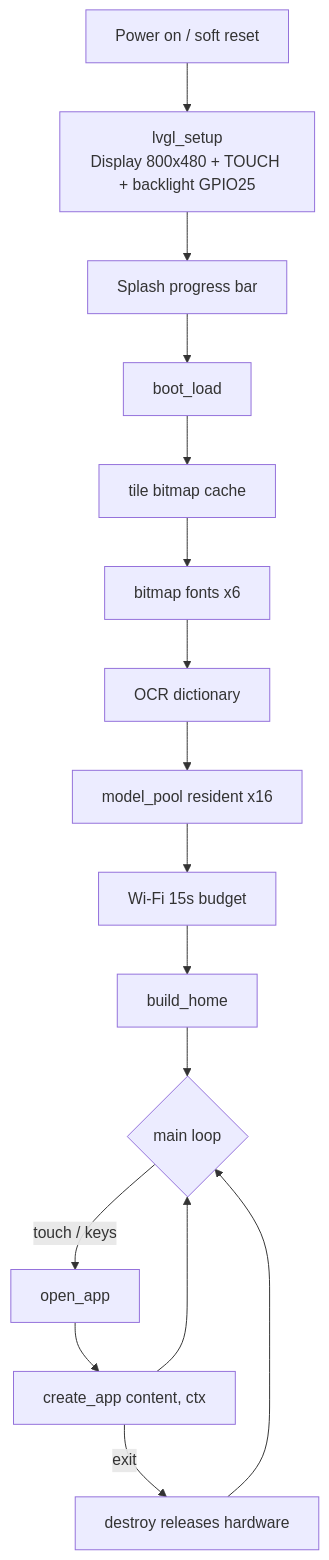
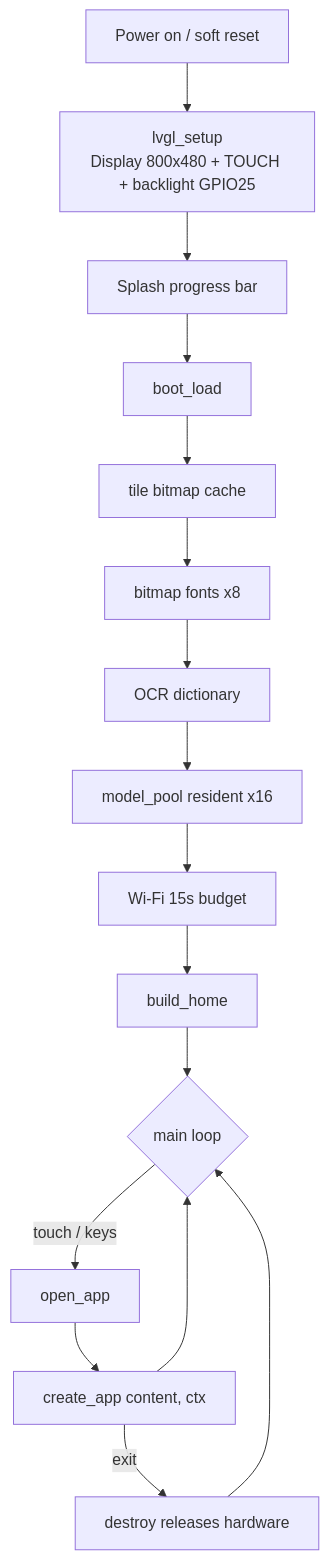
Before and after one commit to RockBase-lab/RockBase-K230-Vision-GUI: the diagram in README.md, drawn with Mermaid. The commit also changed other lines of this file and 9 other files, not shown here.

````diff
--- a/README.md
+++ b/README.md
@@ -301,18 +327,18 @@
 ```mermaid
 flowchart TD
     A[Power on / soft reset] --> B[lvgl_setup<br/>Display 800x480 + TOUCH + backlight GPIO25]
     B --> C[Splash progress bar]
     C --> D[boot_load]
     D --> E[tile bitmap cache]
-    E --> F[bitmap fonts x6]
+    E --> F[bitmap fonts x8]
     F --> G[OCR dictionary]
     G --> H[model_pool resident x16]
     H --> I[Wi-Fi 15s budget]
     I --> J[build_home]
     J --> K{main loop}
     K -->|touch / keys| L[open_app]
     L --> M[create_app content, ctx]
     M --> K
     M -->|exit| N[destroy releases hardware]
     N --> K
 ```
````
